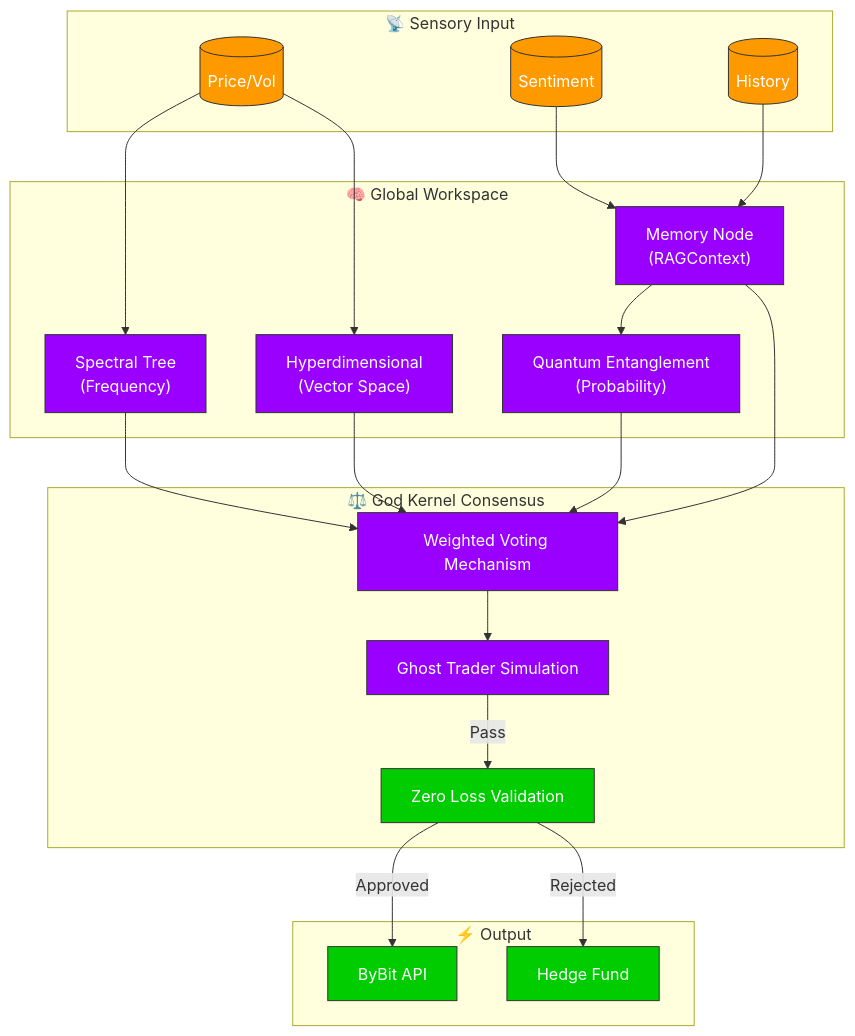
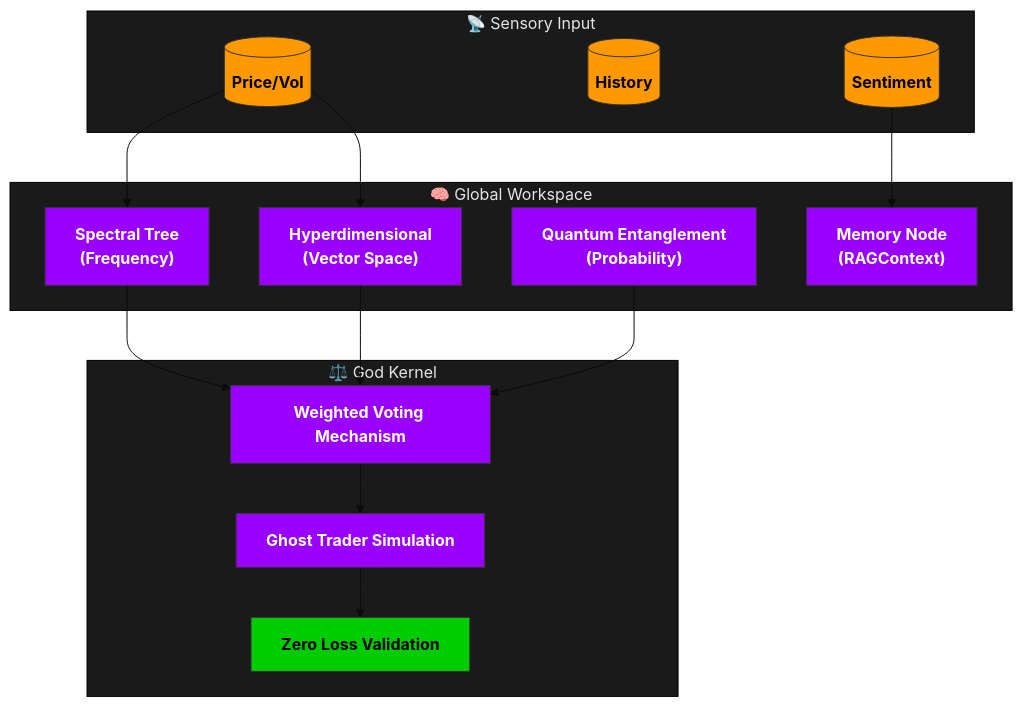
Before and after one commit to MrDecryptDecipher/Diia: the second of 2 diagrams in README.md, drawn with Mermaid. The commit also changed other lines of this file, not shown here.

````diff
--- a/README.md
+++ b/README.md
@@ -110,46 +122,36 @@
 ```mermaid
 graph TD
-    classDef sensory fill:#ff9900,stroke:#333,color:white;
-    classDef process fill:#9900ff,stroke:#333,color:white;
-    classDef action fill:#00cc00,stroke:#333,color:white;
+    %% Theme Enforcement
+    %%{init: {'theme': 'base', 'themeVariables': { 'primaryColor': '#ff0055', 'edgeLabelBackground': '#000000', 'tertiaryColor': '#1a1a1a'}}}%%
+    classDef sensory fill:#ff9900,stroke:#333,color:black,font-weight:bold;
+    classDef process fill:#9900ff,stroke:#333,color:white,font-weight:bold;
+    classDef action fill:#00cc00,stroke:#333,color:black,font-weight:bold;
 
     subgraph Sensory ["📡 Sensory Input"]
         Market[("Price/Vol")]:::sensory
         Context[("History")]:::sensory
         Social[("Sentiment")]:::sensory
     end
 
     subgraph Processing ["🧠 Global Workspace"]
         Spectral["Spectral Tree<br/>(Frequency)"]:::process
         Hyper["Hyperdimensional<br/>(Vector Space)"]:::process
         Quantum["Quantum Entanglement<br/>(Probability)"]:::process
         Memory["Memory Node<br/>(RAGContext)"]:::process
     end
 
-    subgraph Decision ["⚖️ God Kernel Consensus"]
+    subgraph Decision ["⚖️ God Kernel"]
         Vote["Weighted Voting Mechanism"]:::process
         Sim["Ghost Trader Simulation"]:::process
         ZeroLoss["Zero Loss Validation"]:::action
     end
 
-    subgraph Execution ["⚡ Output"]
-        Order["ByBit API"]:::action
-        Hedge["Hedge Fund"]:::action
-    end
-
     Market --> Spectral
     Market --> Hyper
     Social --> Memory
-    Context --> Memory
-
     Spectral --> Vote
     Hyper --> Vote
     Quantum --> Vote
-    Memory --> Quantum
-    Memory --> Vote
-
     Vote --> Sim
-    Sim -->|Pass| ZeroLoss
-    ZeroLoss -->|Approved| Order
-    ZeroLoss -->|Rejected| Hedge
+    Sim --> ZeroLoss
 ```
````
